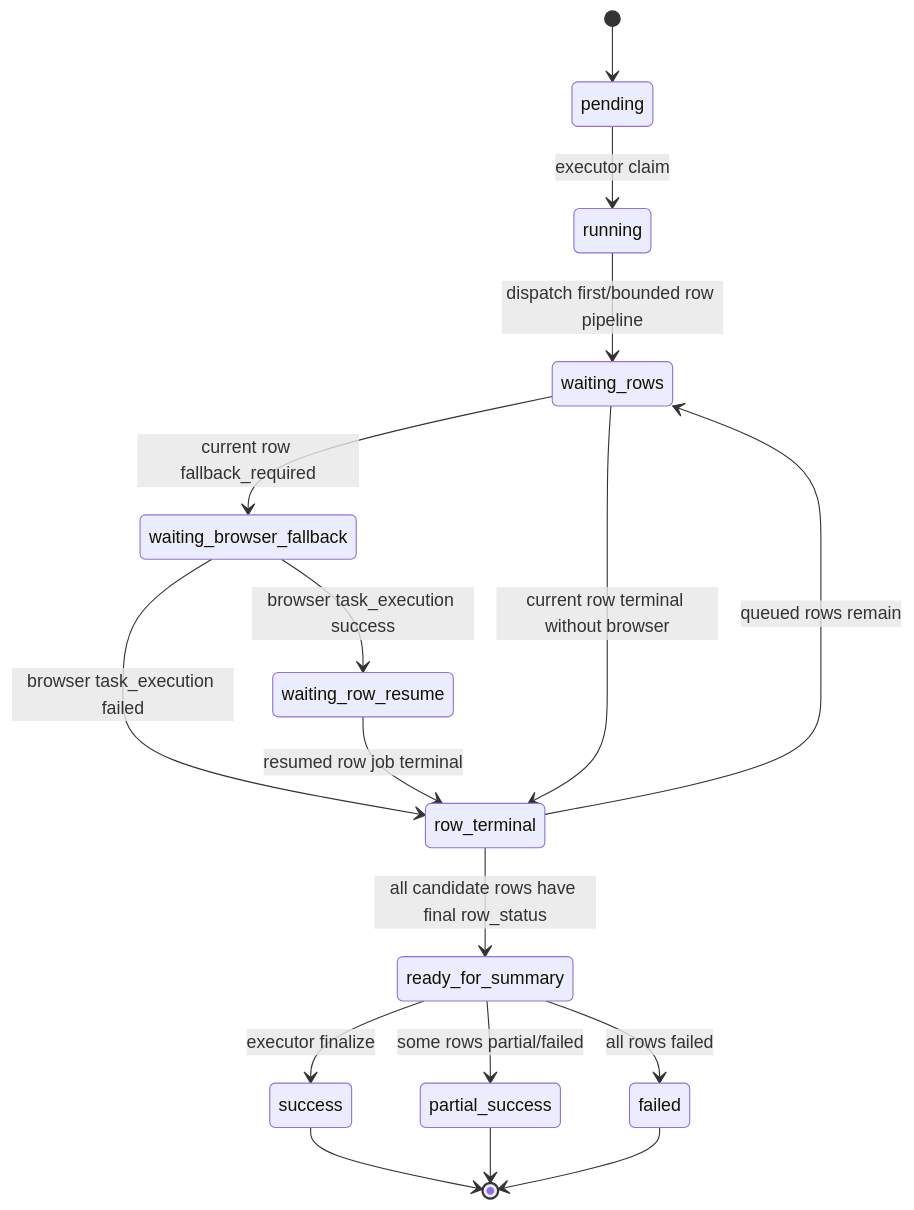
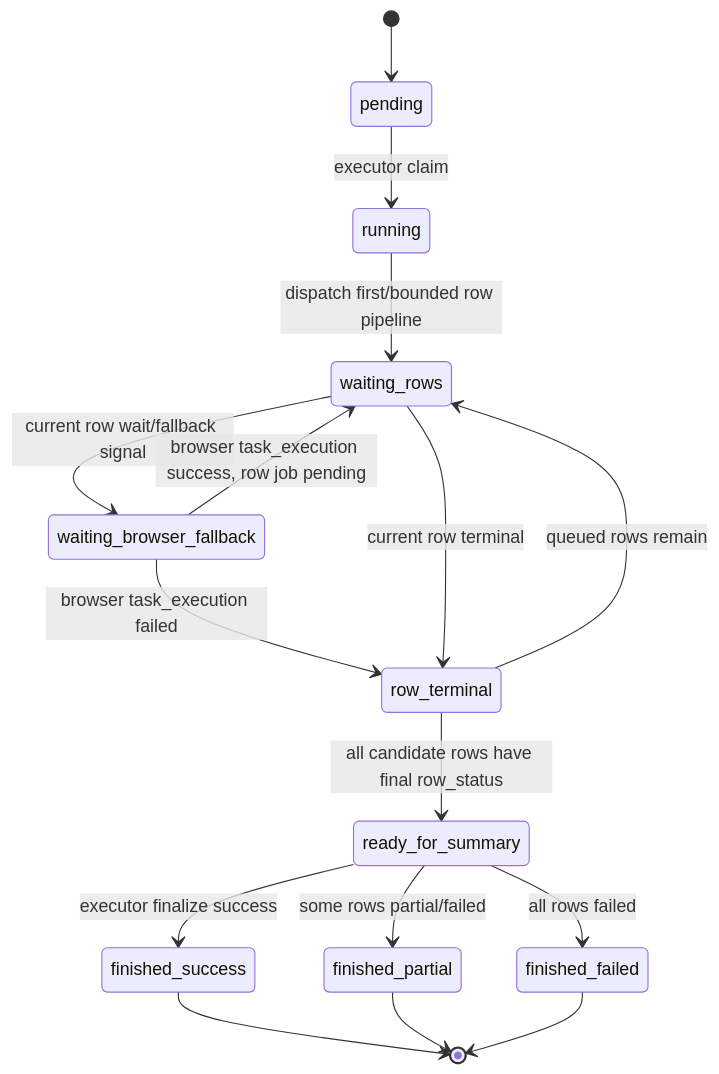
One commit to knighterrantsky/mujitask changed the third of 5 diagrams in docs/arch/workflow-competitor-table-design.md. Above: the diagram before and after it, drawn with Mermaid. The commit also changed other lines of this file and 89 other files, not shown here.

Commit message:
refactor(runtime): remove resume fallback stages

````diff
--- a/docs/arch/workflow-competitor-table-design.md
+++ b/docs/arch/workflow-competitor-table-design.md
@@ -200,19 +202,18 @@
 ```mermaid
 stateDiagram-v2
     [*] --> pending
     pending --> running: executor claim
     running --> waiting_rows: dispatch first/bounded row pipeline
-    waiting_rows --> waiting_browser_fallback: current row fallback_required
-    waiting_browser_fallback --> waiting_row_resume: browser task_execution success
+    waiting_rows --> waiting_browser_fallback: current row wait/fallback signal
+    waiting_browser_fallback --> waiting_rows: browser task_execution success, row job pending
     waiting_browser_fallback --> row_terminal: browser task_execution failed
-    waiting_row_resume --> row_terminal: resumed row job terminal
-    waiting_rows --> row_terminal: current row terminal without browser
+    waiting_rows --> row_terminal: current row terminal
     row_terminal --> waiting_rows: queued rows remain
     row_terminal --> ready_for_summary: all candidate rows have final row_status
-    ready_for_summary --> success: executor finalize
-    ready_for_summary --> partial_success: some rows partial/failed
-    ready_for_summary --> failed: all rows failed
-    success --> [*]
-    partial_success --> [*]
-    failed --> [*]
+    ready_for_summary --> finished_success: executor finalize success
+    ready_for_summary --> finished_partial: some rows partial/failed
+    ready_for_summary --> finished_failed: all rows failed
+    finished_success --> [*]
+    finished_partial --> [*]
+    finished_failed --> [*]
 ```
````
